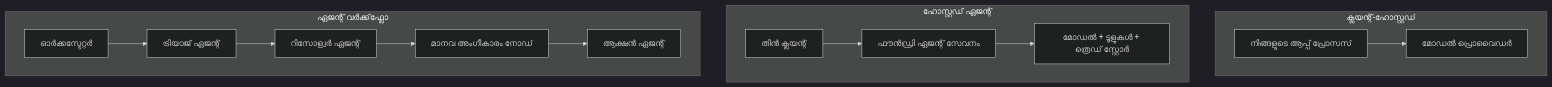
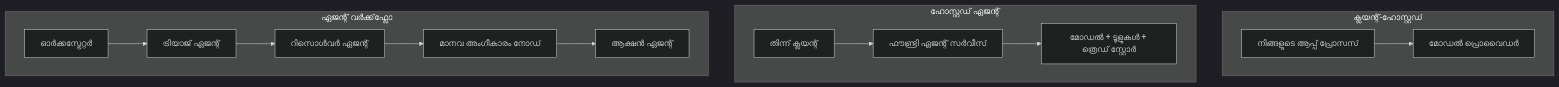
One commit to gabrielmoreira/agent-skills-mirror changed the first of 4 diagrams in mirrors/repos/microsoft@ai-agents-for-beginners/translations/ml/16-deploying-scalable-agents/README.md. Above: the diagram before and after it, drawn with Mermaid (dark theme). The commit also changed other lines of this file and 4262 other files, not shown here.

````diff
--- a/mirrors/repos/microsoft@ai-agents-for-beginners/translations/ml/16-deploying-scalable-agents/README.md
+++ b/mirrors/repos/microsoft@ai-agents-for-beginners/translations/ml/16-deploying-scalable-agents/README.md
@@ -87,16 +87,16 @@
 ```mermaid
 flowchart TB
     subgraph P1[ക്ലയന്റ്-ഹോസ്റ്റഡ്]
         A1[നിങ്ങളുടെ ആപ്പ് പ്രോസസ്] --> M1[മോഡൽ പ്രൊവൈഡർ]
     end
     subgraph P2[ഹോസ്റ്റഡ് ഏജന്റ്]
-        A2[തിൻ ക്ലയന്റ്] --> F2[ഫൗൻഡ്രി ഏജന്റ് സേവനം]
+        A2[തിന്ന് ക്ലയന്റ്] --> F2[ഫൗണ്ട്രി ഏജന്റ് സർവീസ്]
         F2 --> M2[മോഡൽ + ടൂളുകൾ + ത്രെഡ് സ്റ്റോർ]
     end
-    subgraph P3[ഏജന്റ് വർക്ക്‌ഫ്ലോ]
-        A3[ഓർക്കസ്ടേറ്റർ] --> S1[ട്രിയാജ് ഏജന്റ്]
-        S1 --> S2[റിസോള്വർ ഏജന്റ്]
+    subgraph P3[ഏജന്റ് വർക്ക്‌ഫ്ലോ]
+        A3[ഓർക്കസ്ട്രേറ്റർ] --> S1[ട്രിയാജ് ഏജന്റ്]
+        S1 --> S2[റിസൊൾവർ ഏജന്റ്]
         S2 --> H[മാനവ അംഗീകാരം നോഡ്]
         H --> S3[ആക്ഷൻ ഏജന്റ്]
     end
 ```
````
